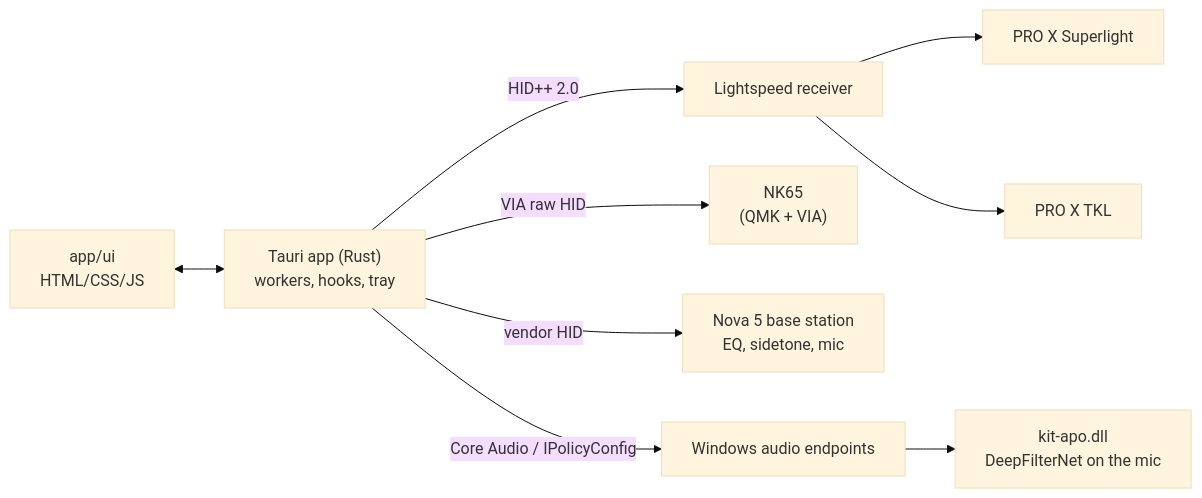
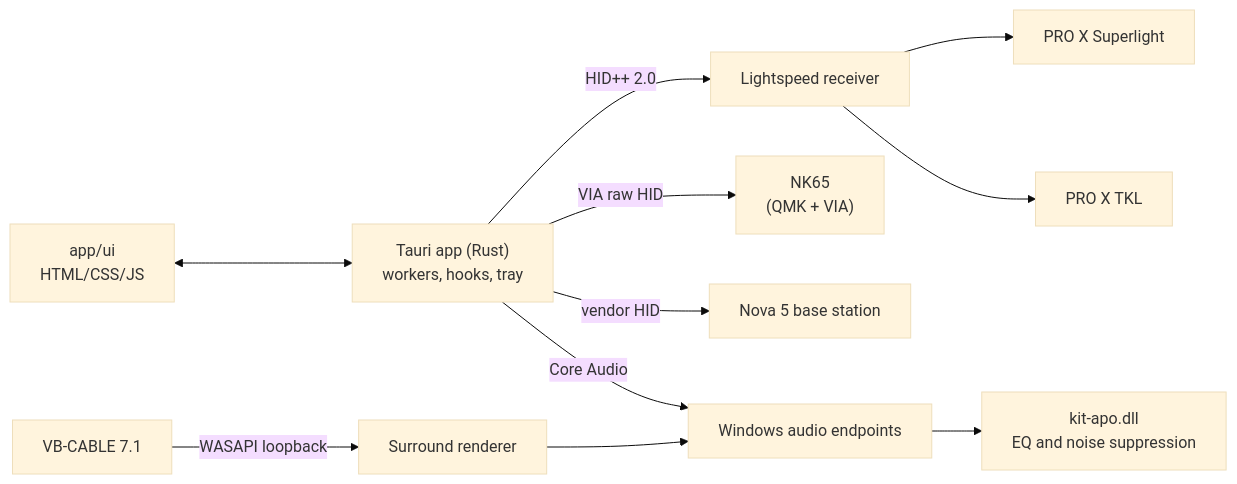
One commit to anthonyradke/kit changed the diagram in README.md. Above: the diagram before and after it, drawn with Mermaid (base theme). The commit also changed other lines of this file and 2 other files, not shown here.

````diff
--- a/README.md
+++ b/README.md
@@ -93,9 +88,10 @@
 ```mermaid
 flowchart LR
   ui["app/ui<br/>HTML/CSS/JS"] <--> core["Tauri app (Rust)<br/>workers, hooks, tray"]
   core -- "HID++ 2.0" --> rx["Lightspeed receiver"] --> mouse["PRO X Superlight"] & tkl["PRO X TKL"]
   core -- "VIA raw HID" --> nk65["NK65<br/>(QMK + VIA)"]
-  core -- "vendor HID" --> base["Nova 5 base station<br/>EQ, sidetone, mic"]
-  core -- "Core Audio / IPolicyConfig" --> audio["Windows audio endpoints"]
-  audio --> apo["kit-apo.dll<br/>DeepFilterNet on the mic"]
+  core -- "vendor HID" --> base["Nova 5 base station"]
+  core -- "Core Audio" --> audio["Windows audio endpoints"]
+  audio --> apo["kit-apo.dll<br/>EQ and noise suppression"]
+  cable["VB-CABLE 7.1"] -- "WASAPI loopback" --> spatial["Surround renderer"] --> audio
 ```
````
